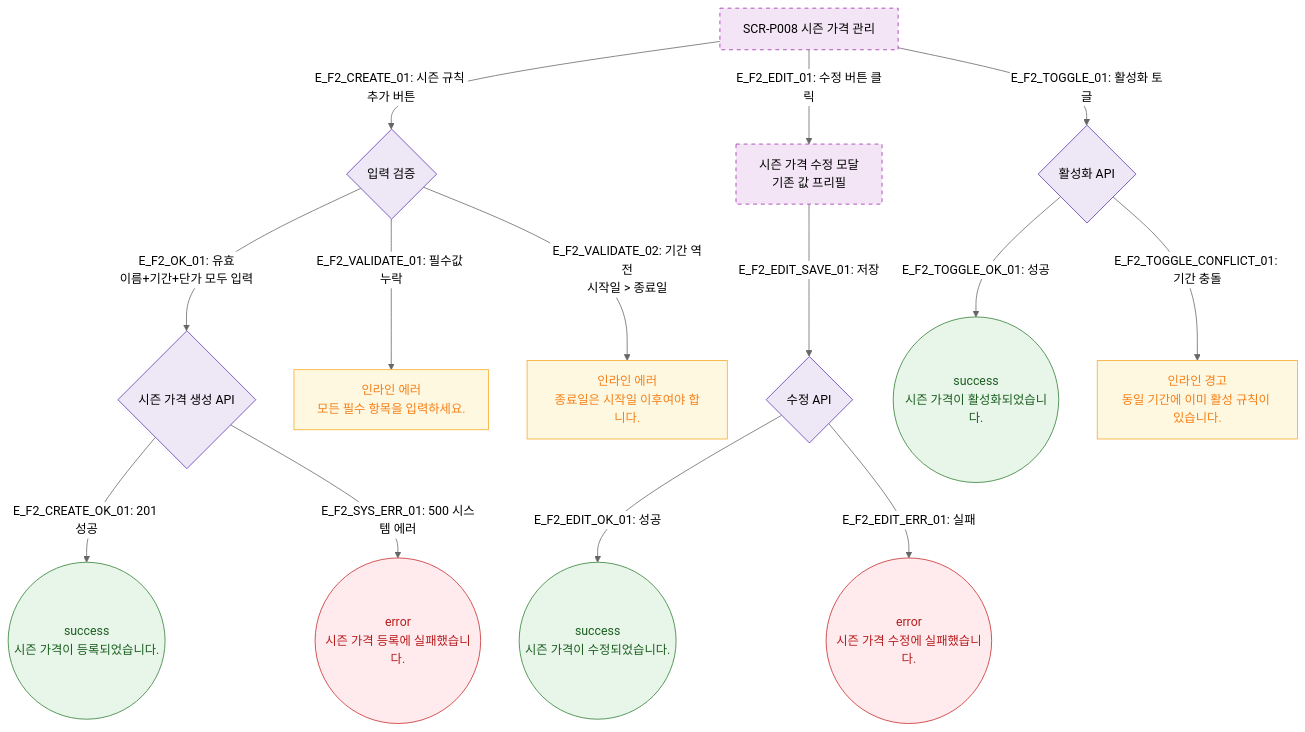
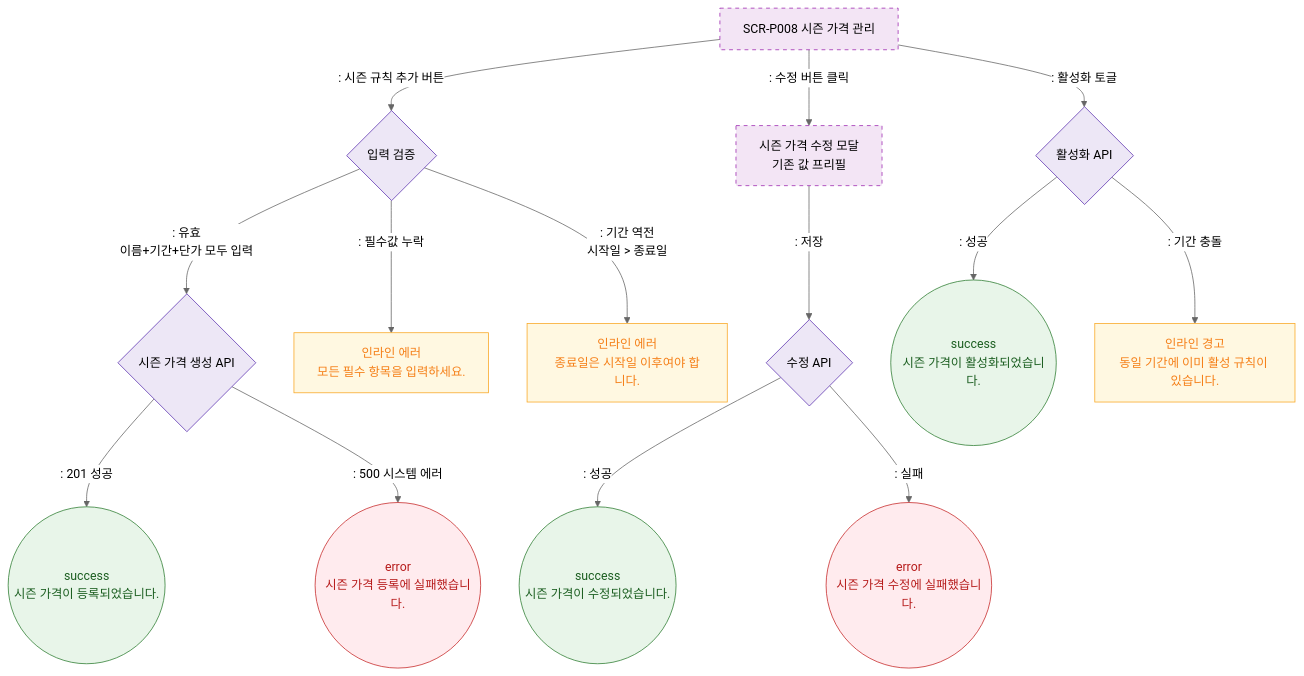
One commit to dev-spogym/admin-pando changed the diagram in docs/다이어그램/D05_상품관리/SCR-P008_시즌가격관리/F2_메인인터랙션.md. Above: the diagram before and after it, drawn with Mermaid (neutral theme). The commit also changed other lines of this file and 1660 other files, not shown here.

First line of the commit message:
다이어그램: 기획자/클라이언트 납품본으로 정리

````diff
--- a/docs/다이어그램/D05_상품관리/SCR-P008_시즌가격관리/F2_메인인터랙션.md
+++ b/docs/다이어그램/D05_상품관리/SCR-P008_시즌가격관리/F2_메인인터랙션.md
@@ -19,34 +17,34 @@
 ```mermaid
 flowchart TD
     SCR_P008[SCR-P008 시즌 가격 관리]
 
-    SCR_P008 -->|"E_F2_CREATE_01: 시즌 규칙 추가 버튼"| ValidateCreate{입력 검증}
+    SCR_P008 -->|": 시즌 규칙 추가 버튼"|ValidateCreate{입력 검증}
 
-    ValidateCreate -->|"E_F2_OK_01: 유효\n이름+기간+단가 모두 입력"| CreateAPI{시즌 가격 생성 API}
-    ValidateCreate -->|"E_F2_VALIDATE_01: 필수값 누락"| ValidationFail[인라인 에러\n모든 필수 항목을 입력하세요.]
-    ValidateCreate -->|"E_F2_VALIDATE_02: 기간 역전\n시작일 > 종료일"| DateFail[인라인 에러\n종료일은 시작일 이후여야 합니다.]
+    ValidateCreate -->|": 유효\n이름+기간+단가 모두 입력"|CreateAPI{시즌 가격 생성 API}
+    ValidateCreate -->|": 필수값 누락"|ValidationFail[인라인 에러\n모든 필수 항목을 입력하세요.]
+    ValidateCreate -->|": 기간 역전\n시작일 > 종료일"|DateFail[인라인 에러\n종료일은 시작일 이후여야 합니다.]
 
-    CreateAPI -->|"E_F2_CREATE_OK_01: 201 성공"| CreateSuccess((success\n시즌 가격이 등록되었습니다.))
-    CreateAPI -->|"E_F2_SYS_ERR_01: 500 시스템 에러"| SysErr((error\n시즌 가격 등록에 실패했습니다.))
+    CreateAPI -->|": 201 성공"|CreateSuccess((success\n시즌 가격이 등록되었습니다.))
+    CreateAPI -->|": 500 시스템 에러"|SysErr((error\n시즌 가격 등록에 실패했습니다.))
 
-    SCR_P008 -->|"E_F2_EDIT_01: 수정 버튼 클릭"| EditModal[시즌 가격 수정 모달\n기존 값 프리필]
-    EditModal -->|"E_F2_EDIT_SAVE_01: 저장"| EditAPI{수정 API}
-    EditAPI -->|"E_F2_EDIT_OK_01: 성공"| EditSuccess((success\n시즌 가격이 수정되었습니다.))
-    EditAPI -->|"E_F2_EDIT_ERR_01: 실패"| EditErr((error\n시즌 가격 수정에 실패했습니다.))
+    SCR_P008 -->|": 수정 버튼 클릭"|EditModal[시즌 가격 수정 모달\n기존 값 프리필]
+    EditModal -->|": 저장"|EditAPI{수정 API}
+    EditAPI -->|": 성공"|EditSuccess((success\n시즌 가격이 수정되었습니다.))
+    EditAPI -->|": 실패"|EditErr((error\n시즌 가격 수정에 실패했습니다.))
 
-    SCR_P008 -->|"E_F2_TOGGLE_01: 활성화 토글"| ToggleAPI{활성화 API}
-    ToggleAPI -->|"E_F2_TOGGLE_OK_01: 성공"| ToggleSuccess((success\n시즌 가격이 활성화되었습니다.))
-    ToggleAPI -->|"E_F2_TOGGLE_CONFLICT_01: 기간 충돌"| ConflictFail[인라인 경고\n동일 기간에 이미 활성 규칙이 있습니다.]
+    SCR_P008 -->|": 활성화 토글"|ToggleAPI{활성화 API}
+    ToggleAPI -->|": 성공"|ToggleSuccess((success\n시즌 가격이 활성화되었습니다.))
+    ToggleAPI -->|": 기간 충돌"|ConflictFail[인라인 경고\n동일 기간에 이미 활성 규칙이 있습니다.]
 
     classDef screen fill:#F3E5F5,stroke:#9C27B0,stroke-dasharray:5 5
     classDef newFeature fill:#F3E5F5,stroke:#9C27B0,stroke-dasharray:5 5
     classDef warning fill:#FFF8E1,stroke:#F9A825,color:#F57F17
     classDef error fill:#FFEBEE,stroke:#C62828,color:#B71C1C
     classDef success fill:#E8F5E9,stroke:#2E7D32,color:#1B5E20
     classDef system fill:#EDE7F6,stroke:#5E35B2
     class SCR_P008,EditModal newFeature
     class CreateSuccess,EditSuccess,ToggleSuccess success
     class ValidationFail,DateFail,ConflictFail warning
     class SysErr,EditErr error
     class ValidateCreate,CreateAPI,EditAPI,ToggleAPI system
 ```
````
